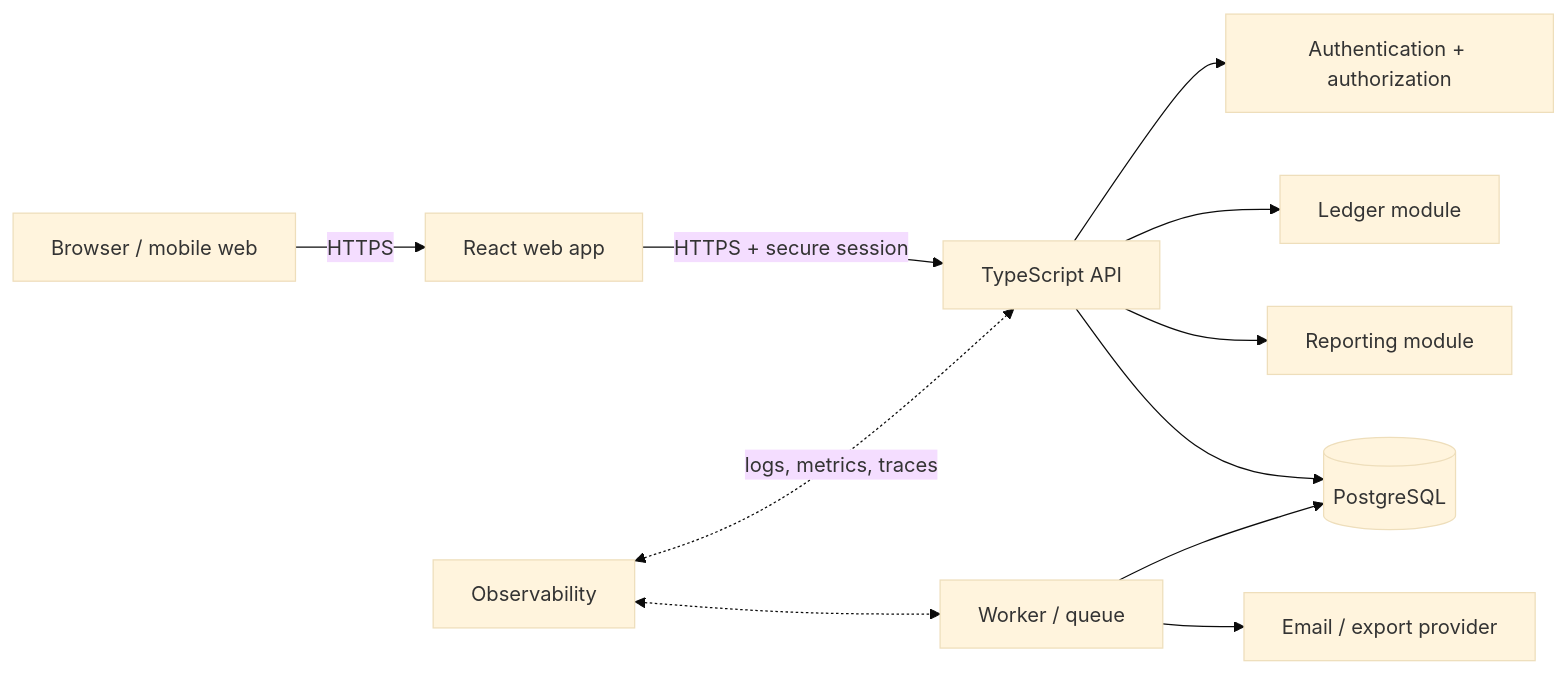
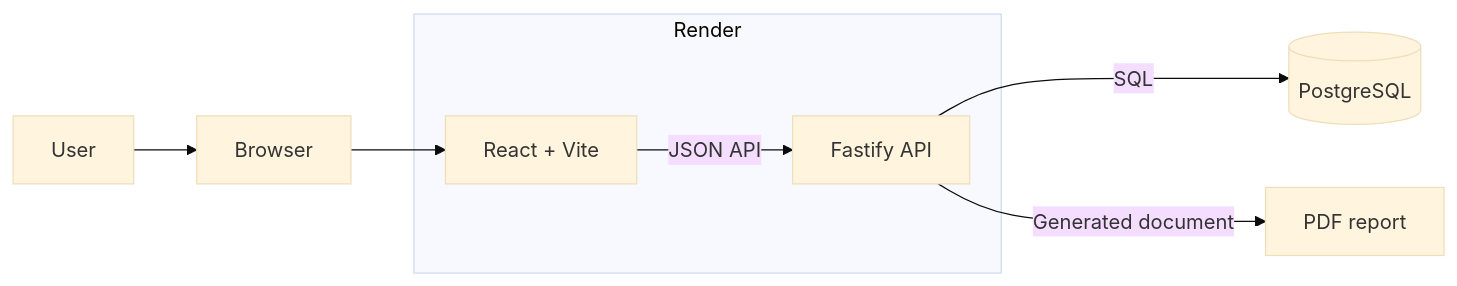
Before and after one commit to rakshitnayak/bucks: the first of 3 diagrams in docs/architecture.md, drawn with Mermaid (base theme). The commit also changed other lines of this file and 1 other file, not shown here.

Commit message:
Refocus documentation on current architecture

````diff
--- a/docs/architecture.md
+++ b/docs/architecture.md
@@ -20,13 +15,13 @@
 ```mermaid
 flowchart LR
-  B[Browser / mobile web] -->|HTTPS| W[React web app]
-  W -->|HTTPS + secure session| A[TypeScript API]
-  A --> AU[Authentication + authorization]
-  A --> L[Ledger module]
-  A --> R[Reporting module]
-  A --> P[(PostgreSQL)]
-  Q[Worker / queue] --> P
-  Q --> E[Email / export provider]
-  O[Observability] <-. logs, metrics, traces .-> A
-  O <-.-> Q
+  U[User] --> B[Browser]
+  B --> R[React + Vite]
+  R -->|JSON API| F[Fastify API]
+  F -->|SQL| P[(PostgreSQL)]
+  F -->|Generated document| D[PDF report]
+
+  subgraph Render
+    R
+    F
+  end
 ```
````
